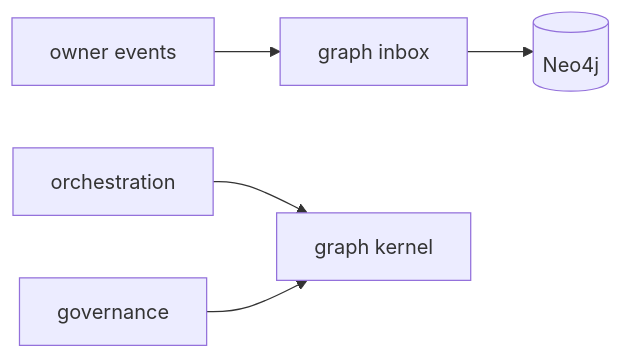
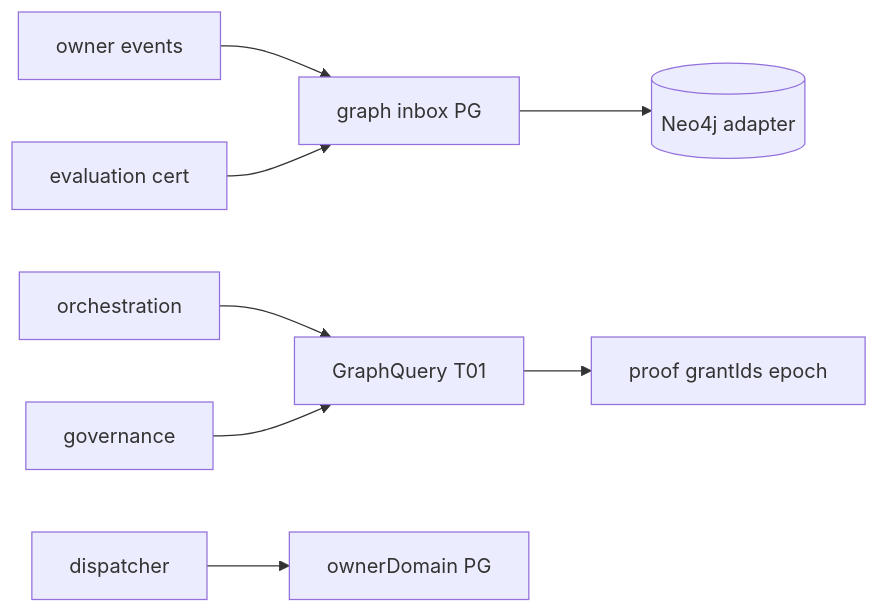
One commit to jcafeitosa/anxionOS changed the diagram in docs/orchestration/modules/graph/R06-dependencies.md. Above: the diagram before and after it, drawn with Mermaid. The commit also changed other lines of this file and 1 other file, not shown here.

Commit message:
Auto-save: Updated docs/orchestration/modules/graph/R06-dependencies.md, docs/orchestration/modules/performance/R10-g0-handoff.md

````diff
--- a/docs/orchestration/modules/graph/R06-dependencies.md
+++ b/docs/orchestration/modules/graph/R06-dependencies.md
@@ -17,7 +38,10 @@
 ```mermaid
 flowchart LR
-  owners[owner events] --> inbox[graph inbox]
-  inbox --> neo[(Neo4j)]
-  orch[orchestration] --> kernel[graph kernel]
+  owners[owner events] --> inbox[graph inbox PG]
+  inbox --> neo[(Neo4j adapter)]
+  orch[orchestration] --> kernel[GraphQuery T01]
   gov[governance] --> kernel
+  evl[evaluation cert] --> inbox
+  kernel --> proof[proof grantIds epoch]
+  disp[dispatcher] --> ownerPG[ownerDomain PG]
 ```
````
